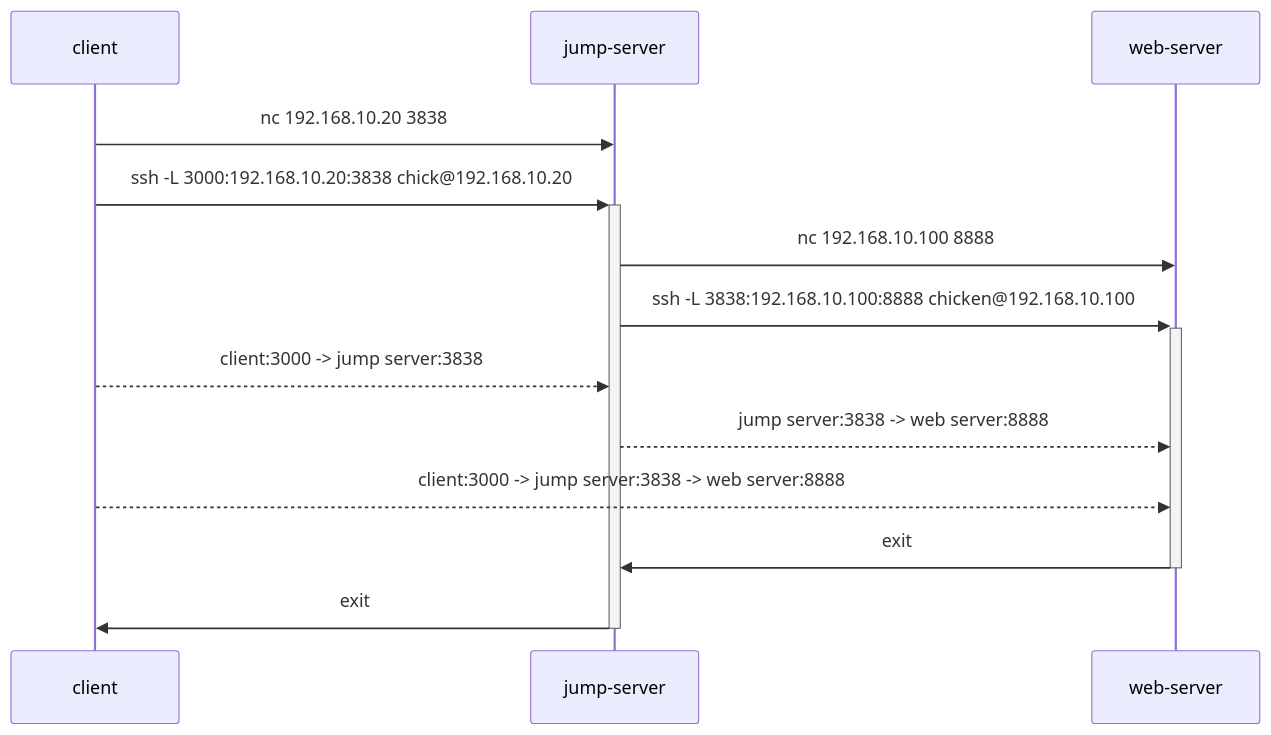
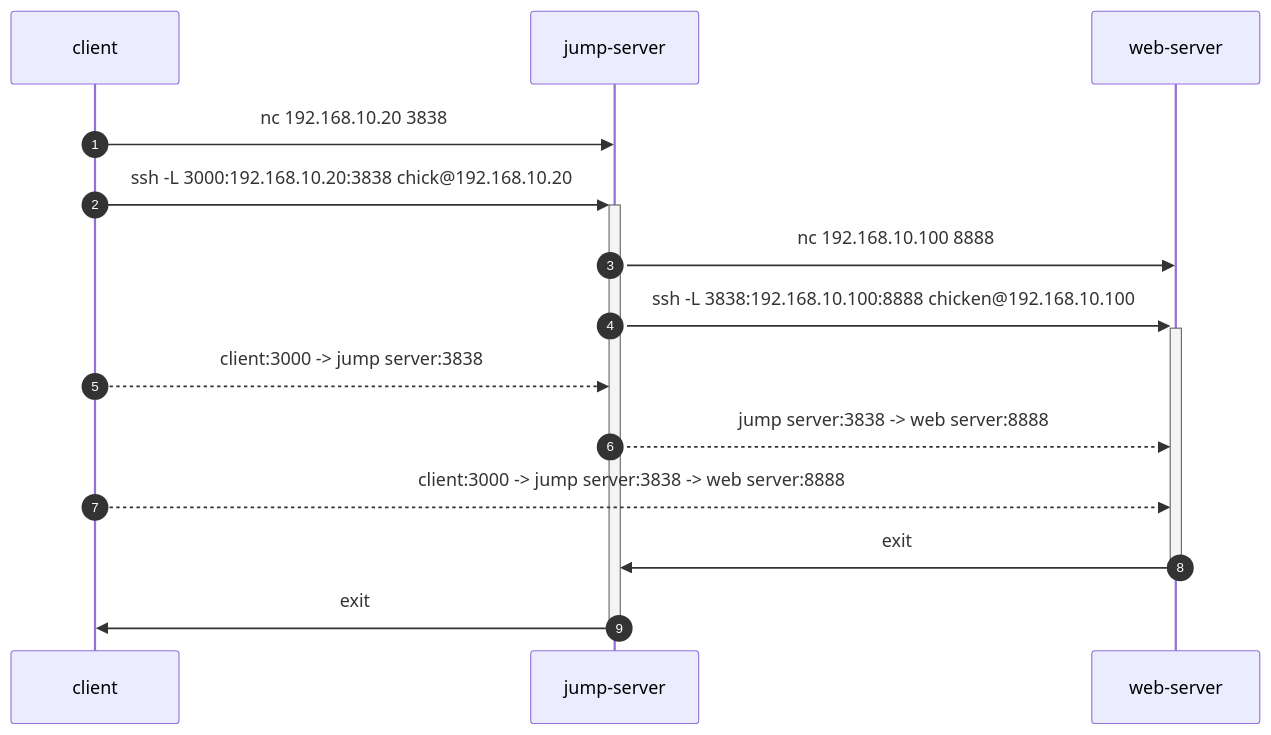
Before and after one commit to qwasium/ssh-memo: the first of 2 diagrams in local-port-forward.md, drawn with Mermaid.

````diff
--- a/local-port-forward.md
+++ b/local-port-forward.md
@@ -37,12 +37,13 @@
 ```mermaid
 sequenceDiagram
+  autonumber
   client ->> jump-server: nc 192.168.10.20 3838
   client ->> +jump-server: ssh -L 3000:192.168.10.20:3838 chick@192.168.10.20
   jump-server ->> web-server: nc 192.168.10.100 8888
   jump-server ->> +web-server: ssh -L 3838:192.168.10.100:8888 chicken@192.168.10.100
   client -->> jump-server: client:3000 -> jump server:3838
   jump-server -->> web-server: jump server:3838 -> web server:8888
   client -->> web-server: client:3000 -> jump server:3838 -> web server:8888
   web-server ->> -jump-server: exit
   jump-server ->> -client: exit
 ```
````
